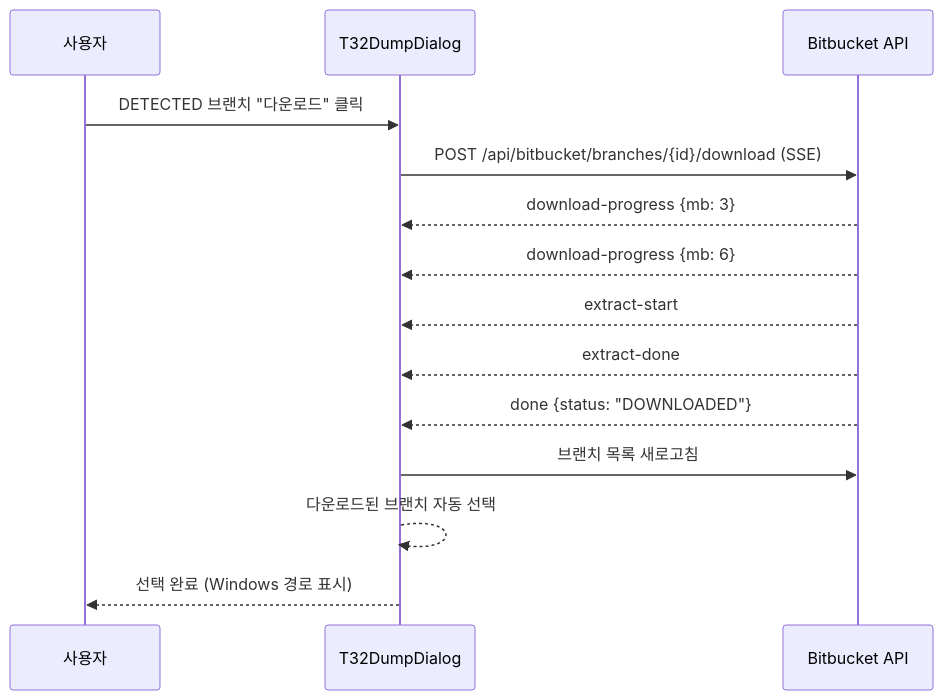
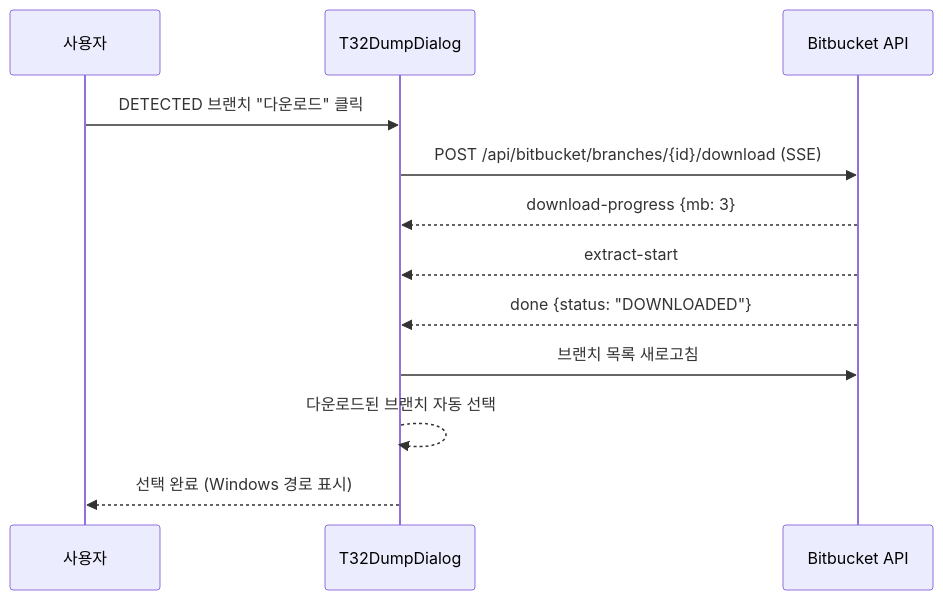
Before and after one commit to kakaromo/kakaromo.github.io: the third of 4 diagrams in src/content/docs/architecture/t32-dump.md, drawn with Mermaid. The commit also changed other lines of this file and 2 other files, not shown here.

````diff
--- a/src/content/docs/architecture/t32-dump.md
+++ b/src/content/docs/architecture/t32-dump.md
@@ -155,18 +232,16 @@
 ```mermaid
 sequenceDiagram
     participant U as 사용자
     participant D as T32DumpDialog
     participant BB as Bitbucket API
 
     U->>D: DETECTED 브랜치 "다운로드" 클릭
     D->>BB: POST /api/bitbucket/branches/{id}/download (SSE)
     BB-->>D: download-progress {mb: 3}
-    BB-->>D: download-progress {mb: 6}
     BB-->>D: extract-start
-    BB-->>D: extract-done
     BB-->>D: done {status: "DOWNLOADED"}
 
     D->>BB: 브랜치 목록 새로고침
     D-->>D: 다운로드된 브랜치 자동 선택
     D-->>U: 선택 완료 (Windows 경로 표시)
 ```
````
